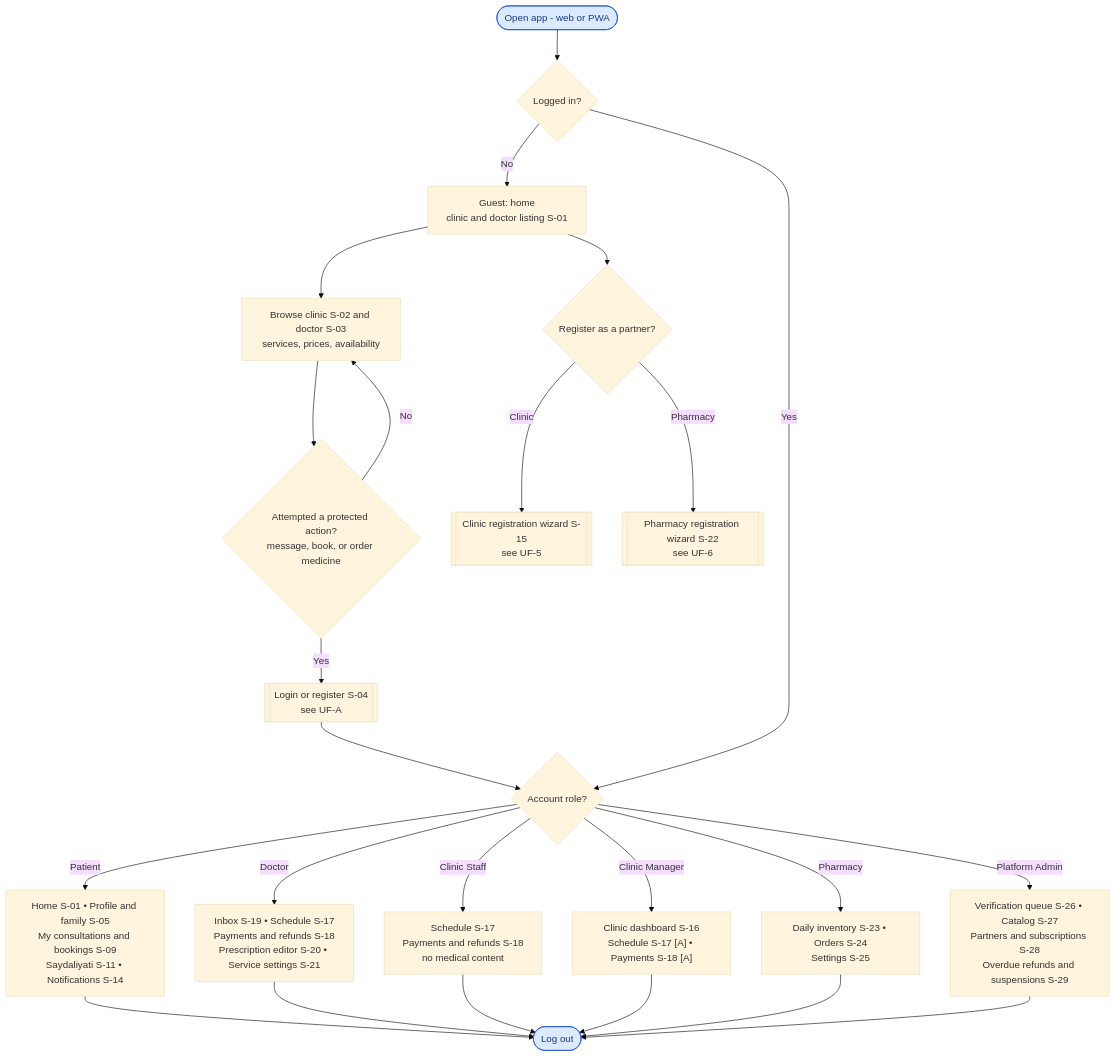
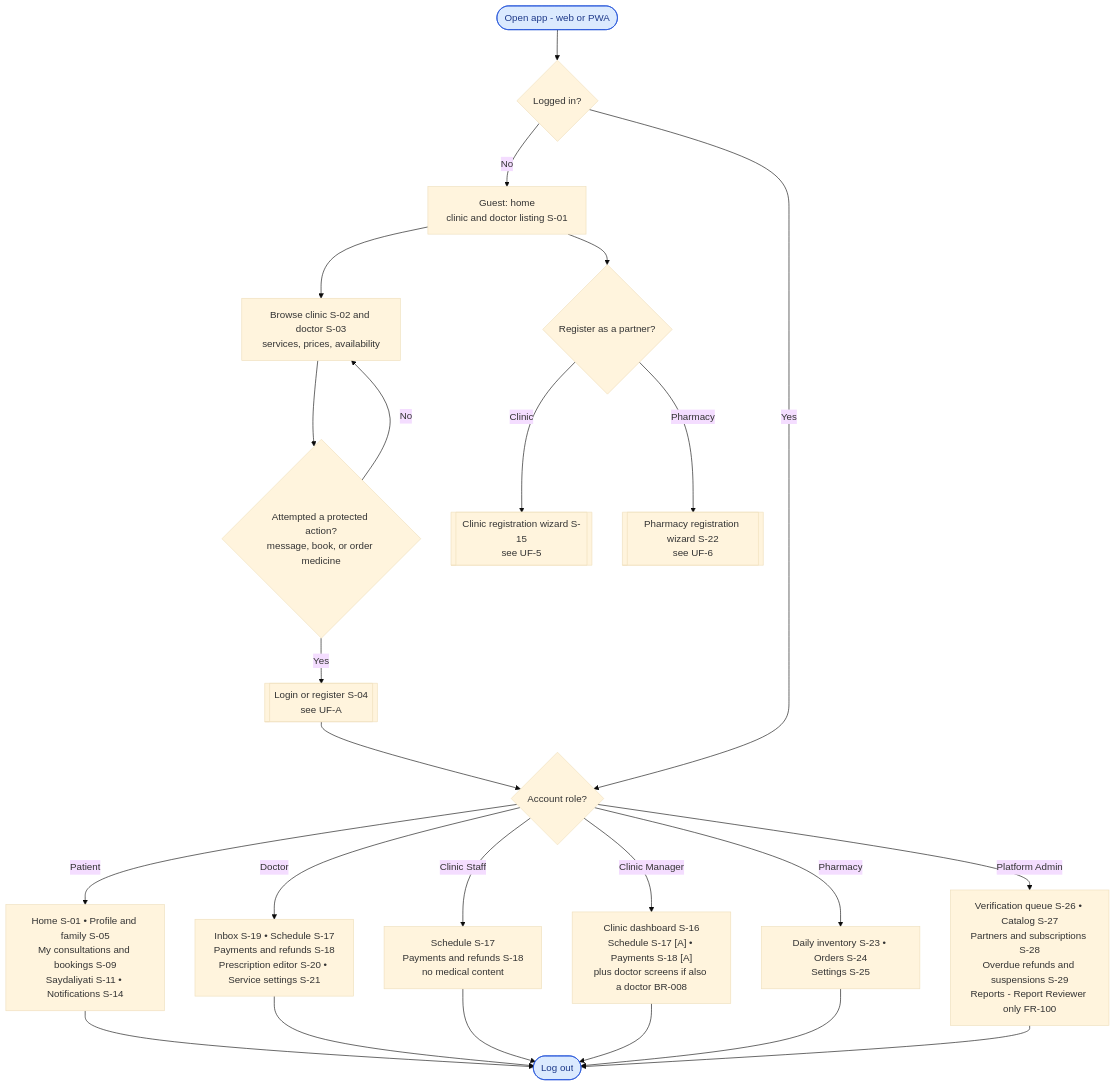
Before and after one commit to foxamoca/iltiam: the first of 12 diagrams in docs/user-flow.md, drawn with Mermaid (base theme). The commit also changed other lines of this file and 6 other files, not shown here.

Commit message:
docs: update PRD (Arabic + PDFs), user flows and UI/UX to v1.1

````diff
--- a/docs/user-flow.md
+++ b/docs/user-flow.md
@@ -50,33 +51,33 @@
 ```mermaid
 flowchart TD
     START(["Open app - web or PWA"]) --> AUTH{"Logged in?"}
 
     AUTH -->|"No"| GUEST["Guest: home<br/>clinic and doctor listing S-01"]
     GUEST --> BROWSE["Browse clinic S-02 and doctor S-03<br/>services, prices, availability"]
     BROWSE --> PROT{"Attempted a protected action?<br/>message, book, or order medicine"}
     PROT -->|"No"| BROWSE
     PROT -->|"Yes"| LOGIN[["Login or register S-04<br/>see UF-A"]]
     GUEST --> PARTNER{"Register as a partner?"}
     PARTNER -->|"Clinic"| CREG[["Clinic registration wizard S-15<br/>see UF-5"]]
     PARTNER -->|"Pharmacy"| PREG[["Pharmacy registration wizard S-22<br/>see UF-6"]]
     LOGIN --> ROLE
 
     AUTH -->|"Yes"| ROLE{"Account role?"}
 
     ROLE -->|"Patient"| PAT["Home S-01 • Profile and family S-05<br/>My consultations and bookings S-09<br/>Saydaliyati S-11 • Notifications S-14"]
     ROLE -->|"Doctor"| DOC["Inbox S-19 • Schedule S-17<br/>Payments and refunds S-18<br/>Prescription editor S-20 • Service settings S-21"]
     ROLE -->|"Clinic Staff"| STAFF["Schedule S-17<br/>Payments and refunds S-18<br/>no medical content"]
-    ROLE -->|"Clinic Manager"| MGR["Clinic dashboard S-16<br/>Schedule S-17 [A] • Payments S-18 [A]"]
+    ROLE -->|"Clinic Manager"| MGR["Clinic dashboard S-16<br/>Schedule S-17 [A] • Payments S-18 [A]<br/>plus doctor screens if also a doctor BR-008"]
     ROLE -->|"Pharmacy"| PH["Daily inventory S-23 • Orders S-24<br/>Settings S-25"]
-    ROLE -->|"Platform Admin"| ADM["Verification queue S-26 • Catalog S-27<br/>Partners and subscriptions S-28<br/>Overdue refunds and suspensions S-29"]
+    ROLE -->|"Platform Admin"| ADM["Verification queue S-26 • Catalog S-27<br/>Partners and subscriptions S-28<br/>Overdue refunds and suspensions S-29<br/>Reports - Report Reviewer only FR-100"]
 
     PAT --> EXIT(["Log out"])
     DOC --> EXIT
     STAFF --> EXIT
     MGR --> EXIT
     PH --> EXIT
     ADM --> EXIT
 
     classDef entry fill:#dbeafe,stroke:#1d4ed8,color:#1e3a8a
     class START,EXIT entry
 ```
````
